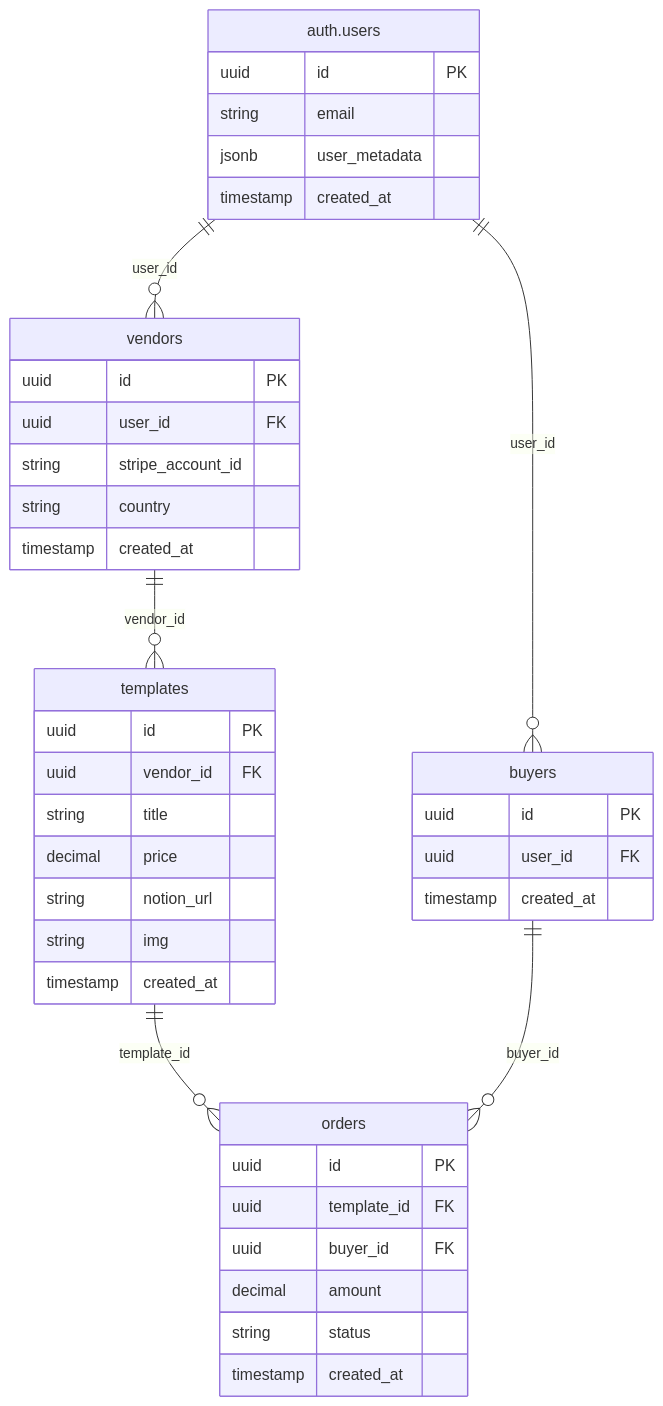
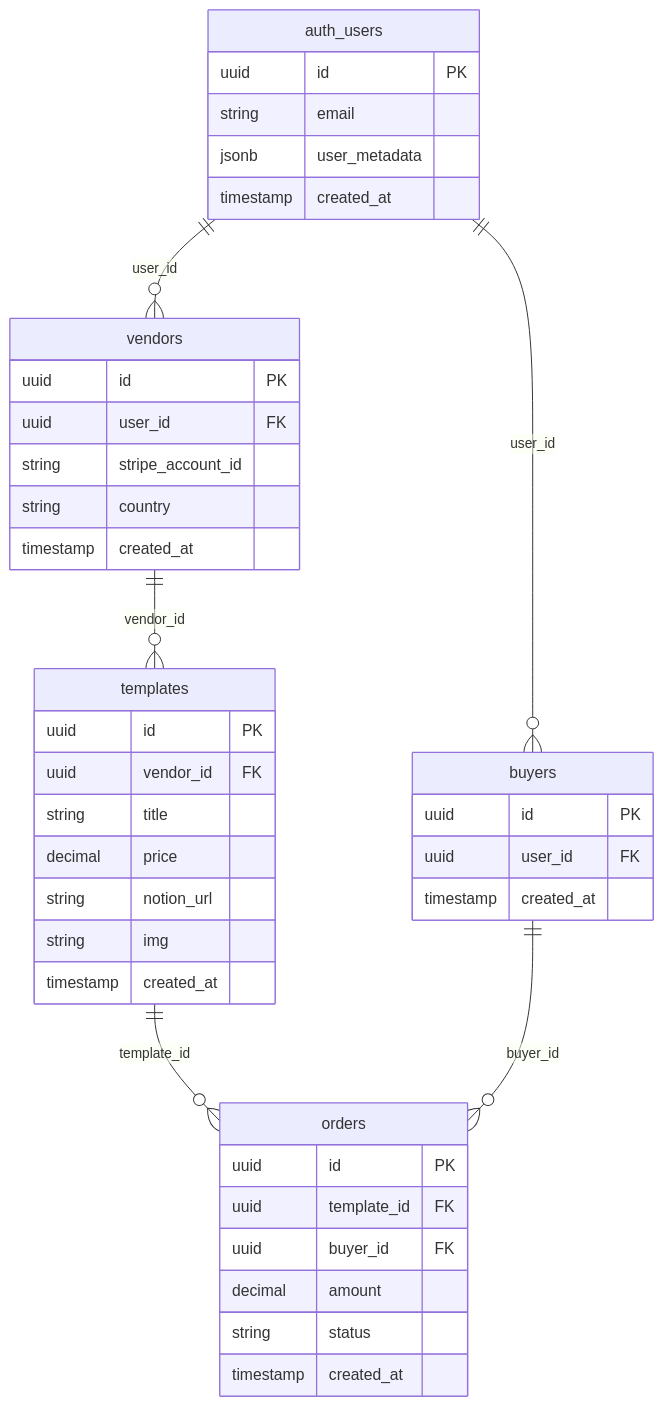
The diagram in README.md (AntonioCoppe/notion-template-shop), drawn with Mermaid before and after one commit. The commit also changed other lines of this file, not shown here.

````diff
--- a/README.md
+++ b/README.md
@@ -65,48 +65,48 @@
 ```mermaid
 erDiagram
-    auth.users {
+    auth_users {
         uuid id PK
         string email
         jsonb user_metadata
         timestamp created_at
     }
     
     vendors {
         uuid id PK
         uuid user_id FK
         string stripe_account_id
         string country
         timestamp created_at
     }
     
     buyers {
         uuid id PK
         uuid user_id FK
         timestamp created_at
     }
     
     templates {
         uuid id PK
         uuid vendor_id FK
         string title
         decimal price
         string notion_url
         string img
         timestamp created_at
     }
     
     orders {
         uuid id PK
         uuid template_id FK
         uuid buyer_id FK
         decimal amount
         string status
         timestamp created_at
     }
 
-    auth.users ||--o{ vendors : "user_id"
-    auth.users ||--o{ buyers : "user_id"
+    auth_users ||--o{ vendors : "user_id"
+    auth_users ||--o{ buyers : "user_id"
     vendors ||--o{ templates : "vendor_id"
     templates ||--o{ orders : "template_id"
     buyers ||--o{ orders : "buyer_id"
 ```
````
